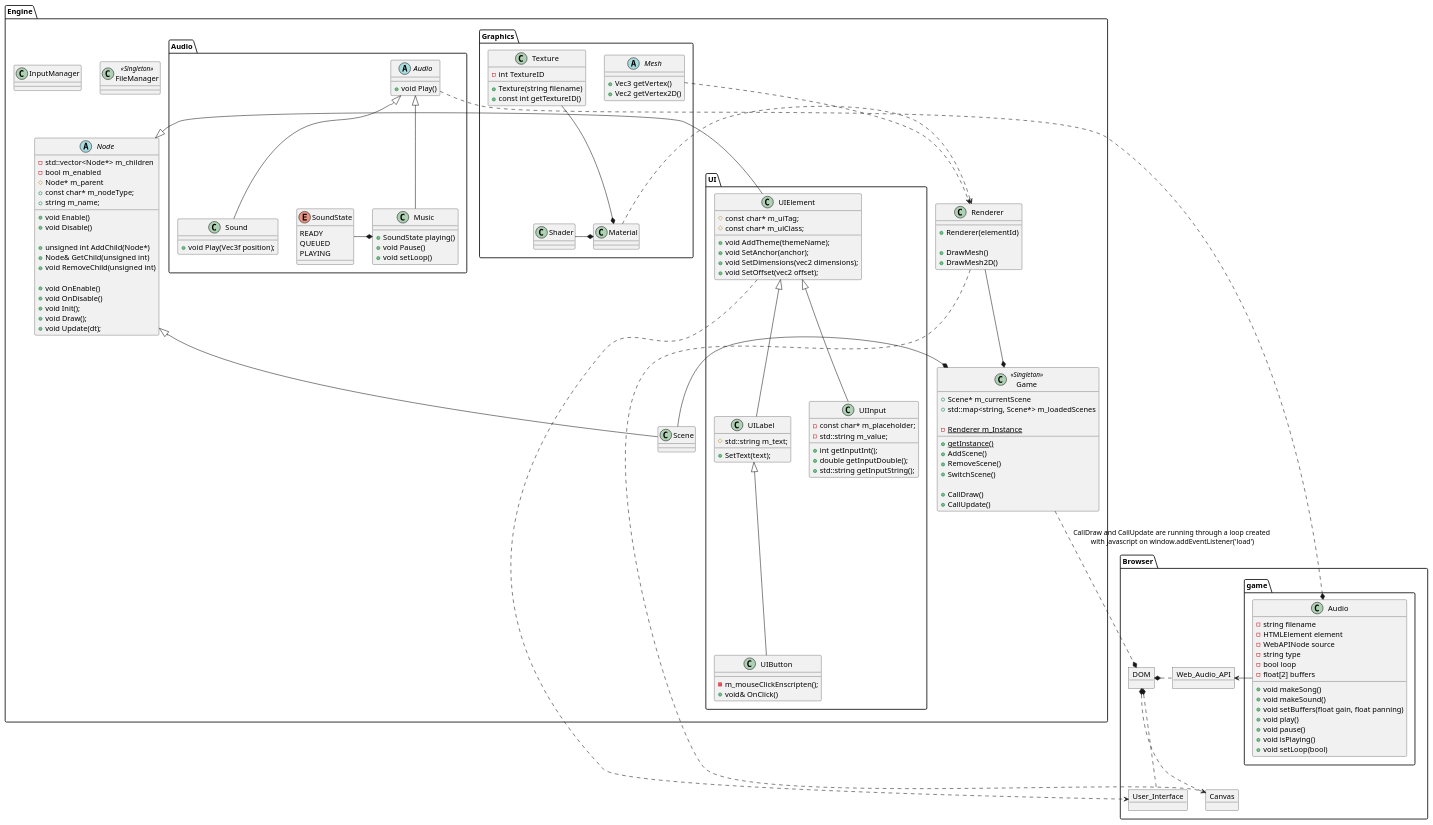
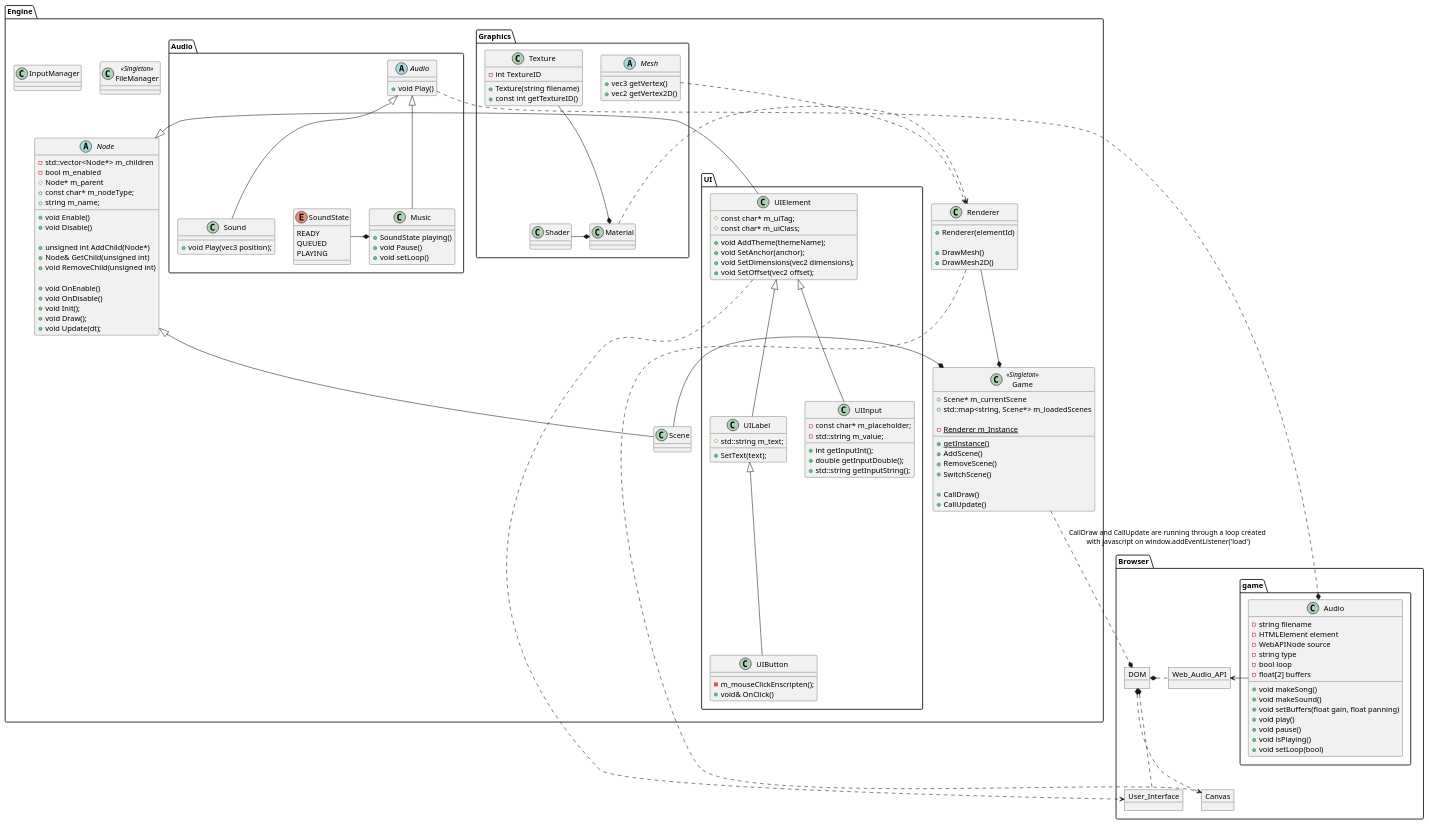
One commit to MesaGuildeTeam/Carpenter-Engine changed the diagram in docs/architecture.puml. Above: the diagram before and after it, drawn with PlantUML. The commit also changed 14 other files, not shown here.

```diff
--- a/docs/architecture.puml
+++ b/docs/architecture.puml
@@ -1,182 +1,182 @@
 @startuml EngineArchitecture
 
 namespace Engine {
   class Renderer {
     + {method} Renderer(elementId)
     
     + {method} DrawMesh()
     + {method} DrawMesh2D()
   }
 
   class FileManager <<Singleton>> {
     
   }
 
   class Game <<Singleton>> {
     + Scene* m_currentScene
     + std::map<string, Scene*> m_loadedScenes
 
     - {static} Renderer m_Instance
     + {static} {method} getInstance()
 
     
     + {method} AddScene()
     + {method} RemoveScene()
     + {method} SwitchScene()
 
     + {method} CallDraw()
     + {method} CallUpdate()
   }
   
   abstract Node {
     - std::vector<Node*> m_children
     - bool m_enabled
     # Node* m_parent
     + const char* m_nodeType;
     + string m_name;
 
     + {method} void Enable()
     + {method} void Disable()
 
     + {method} unsigned int AddChild(Node*)
     + {method} Node& GetChild(unsigned int)
     + {method} void RemoveChild(unsigned int)
 
     + {method} void OnEnable()
     + {method} void OnDisable()
     + {method} void Init();
     + {method} void Draw();
     + {method} void Update(dt);
   }
 
   class Scene extends Node
 
   class InputManager {
 
   }
 
   Scene -* Game
   Renderer --* Game
 
   namespace UI {
     class UIElement {
       # const char* m_uiTag;
       # const char* m_uiClass;
 
       + {method} void AddTheme(themeName);
       + {method} void SetAnchor(anchor);
       + {method} void SetDimensions(vec2 dimensions);
       + {method} void SetOffset(vec2 offset);
     }
 
     class UILabel extends UIElement {
       # std::string m_text;
 
       + {method} SetText(text);
     }
 
     class UIButton extends UILabel {
       - {method} m_mouseClickEnscripten();
       + void& OnClick()
     }
 
     class UIInput extends UIElement {
       - const char* m_placeholder;
       - std::string m_value;
 
       + {method} int getInputInt();
       + {method} double getInputDouble();
       + {method} std::string getInputString();
     }
   }
 
   UI.UIElement -|> Node
 
   namespace Graphics {
     abstract Mesh {
-      + {method} Vec3 getVertex()
-      + {method} Vec2 getVertex2D()
+      + {method} vec3 getVertex()
+      + {method} vec2 getVertex2D()
     }
 
     class Texture {
       - int TextureID
       + {method} Texture(string filename)
       + {method} const int getTextureID()
     }
 
     class Shader {
 
     }
 
     class Material {
 
     }
 
     Texture --* Material    
     Shader -* Material
   }
 
   namespace Audio {
     enum SoundState {
       READY
       QUEUED
       PLAYING
     }
 
     abstract Audio {
       + void Play()
     }
 
     class Sound extends Audio {
-      + void Play(Vec3f position);
+      + void Play(vec3 position);
     }
 
     class Music extends Audio {
       + SoundState playing()
       + void Pause()
       + void setLoop()
     }
 
     SoundState -* Music
   }
 
   Graphics.Material .> Renderer 
   Graphics.Mesh .> Renderer 
 }
 
 namespace Browser {
   Object Canvas
   Object User_Interface
   Object DOM
   Object Web_Audio_API
 
   class game.Audio {
     - string filename
     - HTMLElement element
     - WebAPINode source
     - string type
     - bool loop
     - float[2] buffers
 
     + {method} void makeSong()
     + {method} void makeSound()
     + {method} void setBuffers(float gain, float panning)
     + {method} void play()
     + {method} void pause()
     + {method} void isPlaying()
     + {method} void setLoop(bool)
   }
 
   DOM *.. User_Interface
   DOM *.. Canvas
   DOM *. Web_Audio_API
 
   game.Audio -> Web_Audio_API
 }
 
 Engine.Renderer .> Browser.Canvas
 Engine.Game ..* Browser.DOM : "CallDraw and CallUpdate are running through a loop created \nwith javascript on window.addEventListener('load')"
 Engine.UI.UIElement ..> Browser.User_Interface
 Engine.Audio.Audio ..* Browser.game.Audio
 
 @enduml
```
